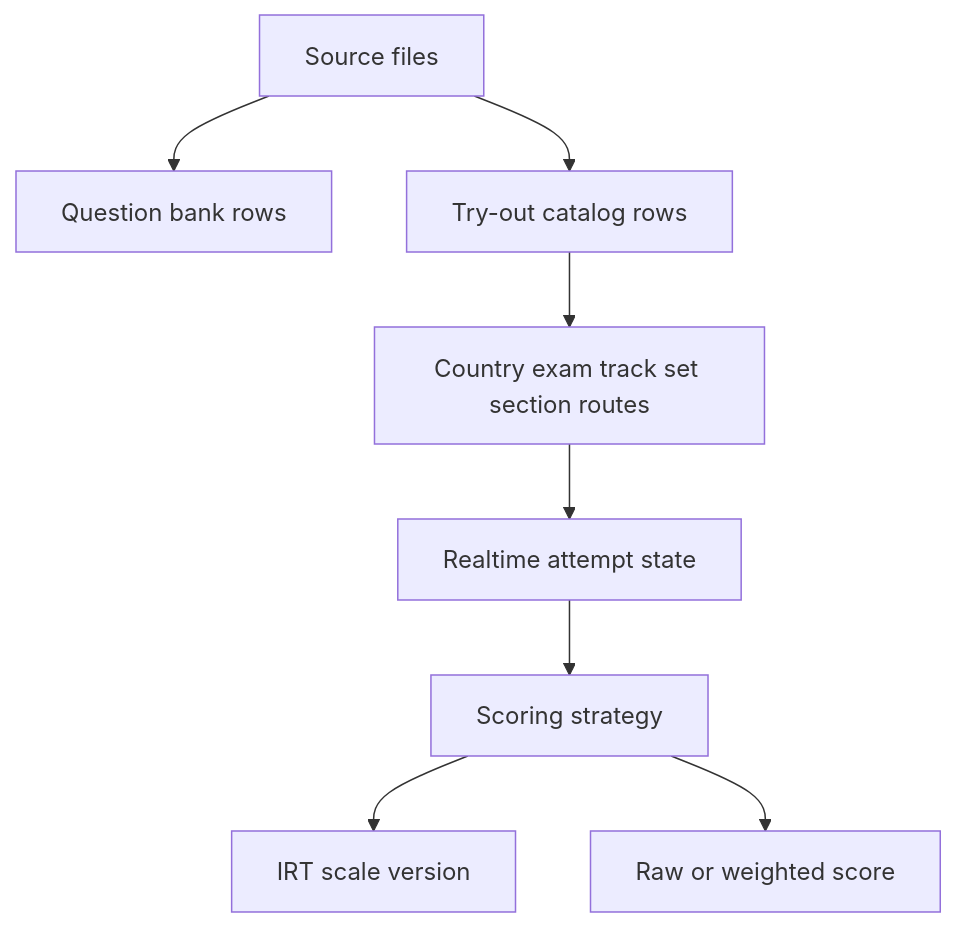
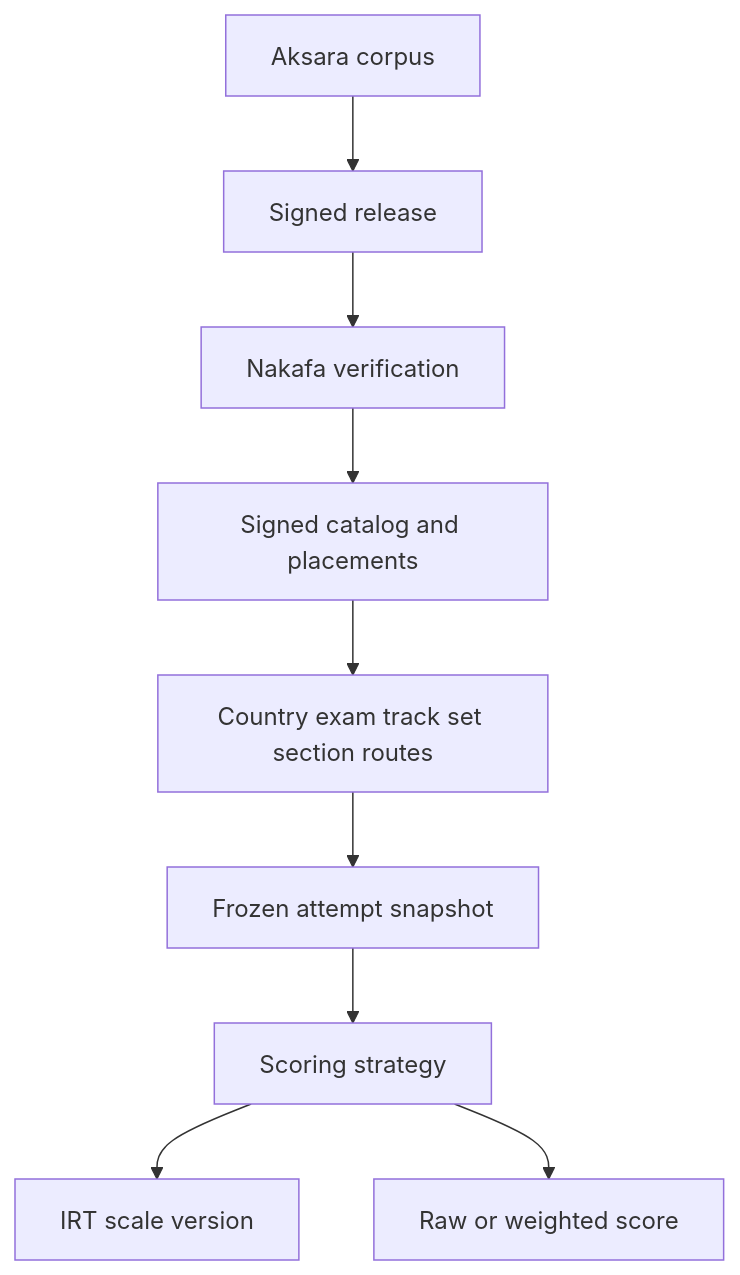
Before and after one commit to nakafaai/nakafa.com: the diagram in docs/adr/0003-tryout-country-exam-architecture.md, drawn with Mermaid. The commit also changed other lines of this file and 40 other files, not shown here.

````diff
--- a/docs/adr/0003-tryout-country-exam-architecture.md
+++ b/docs/adr/0003-tryout-country-exam-architecture.md
@@ -68,19 +77,21 @@
 ```mermaid
 flowchart TD
-  Source["Source files"]
-  Bank["Question bank rows"]
-  Catalog["Try-out catalog rows"]
+  Source["Aksara corpus"]
+  Release["Signed release"]
+  Verify["Nakafa verification"]
+  Catalog["Signed catalog and placements"]
   Route["Country exam track set section routes"]
-  Attempt["Realtime attempt state"]
+  Attempt["Frozen attempt snapshot"]
   Score["Scoring strategy"]
   IRT["IRT scale version"]
   Raw["Raw or weighted score"]
 
-  Source --> Bank
-  Source --> Catalog
+  Source --> Release
+  Release --> Verify
+  Verify --> Catalog
   Catalog --> Route
   Route --> Attempt
   Attempt --> Score
   Score --> IRT
   Score --> Raw
 ```
````
